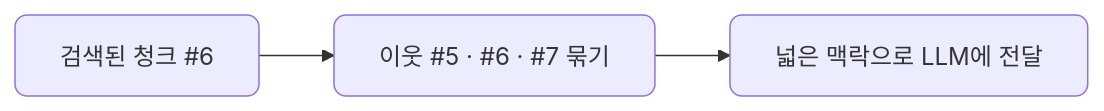
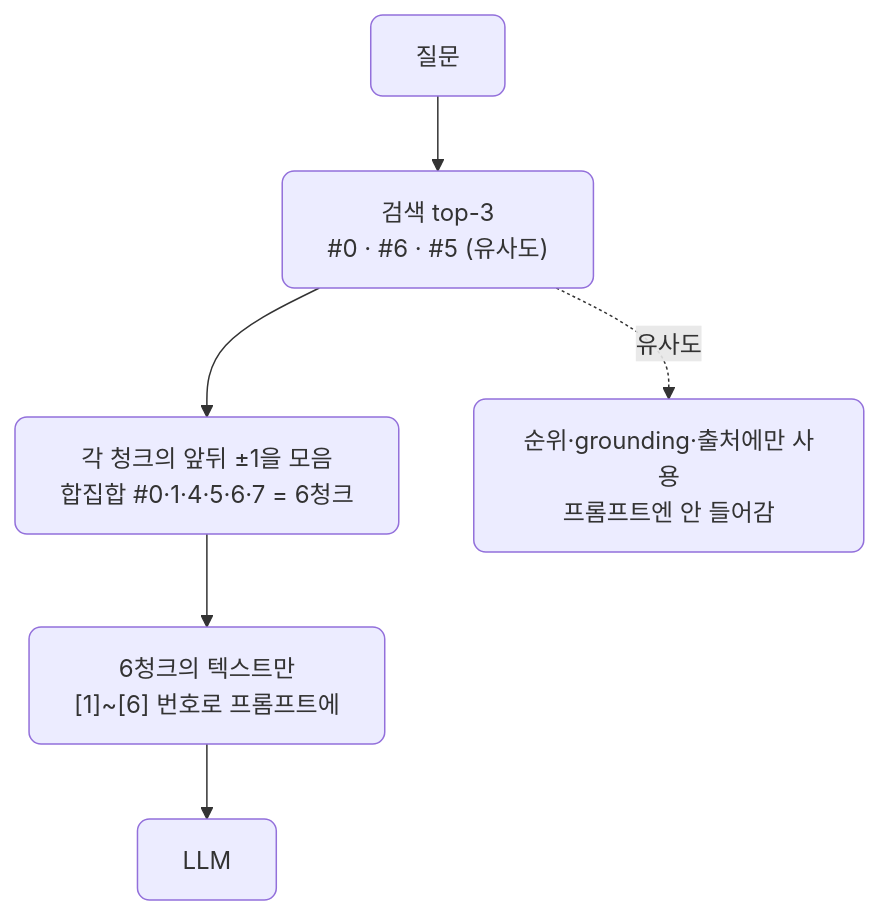
The third of 6 diagrams in docs/section2/lec06/README.md (CodeCompose7/ai_service_engineering), drawn with Mermaid before and after one commit. The commit also changed other lines of this file, not shown here.

Commit message:
lec06: 3절에 LLM 입력 다이어그램, 6절에 호출 구조 설명 추가
3절 그림을 단일 청크 확장에서, top-k 여러 청크 각각의 앞뒤를 합집합으로
모아 텍스트만 프롬프트에 넣고 유사도는 제외하는 전체 흐름으로 바꾼다.
한 청크가 아니라 검색된 여러 청크를 모두 넓힌다는 점, 유사도는 순위·
grounding·출처에만 쓴다는 점을 분명히 한다.

6절 구조도가 실행 순서가 아니라 함수 호출 방향임을 한 줄로 명시한다.

````diff
--- a/docs/section2/lec06/README.md
+++ b/docs/section2/lec06/README.md
@@ -42,6 +44,9 @@
 ```mermaid
-flowchart LR
-  H["검색된 청크 #6"] --> N["이웃 #5 · #6 · #7 묶기"]
-  N --> C["넓은 맥락으로 LLM에 전달"]
+flowchart TB
+  Q["질문"] --> R["검색 top-3<br/>#0 · #6 · #5 (유사도)"]
+  R --> E["각 청크의 앞뒤 ±1을 모음<br/>합집합 #0·1·4·5·6·7 = 6청크"]
+  E --> P["6청크의 텍스트만<br/>[1]~[6] 번호로 프롬프트에"]
+  P --> L["LLM"]
+  R -. 유사도 .-> U["순위·grounding·출처에만 사용<br/>프롬프트엔 안 들어감"]
   classDef default rx:8,ry:8;
 ```
````
